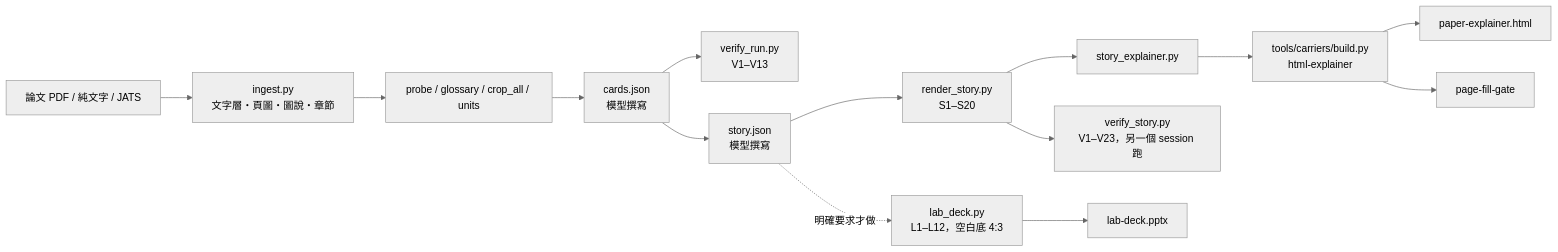
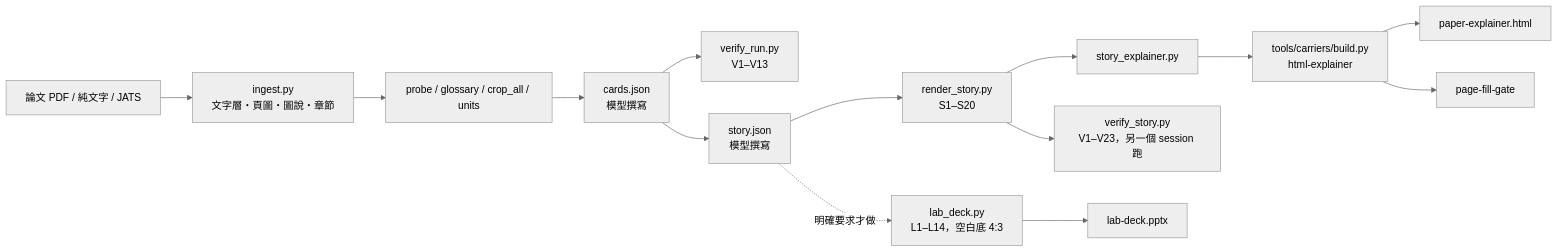
One commit to WizerdBaChe/paper-survey-kit changed the first of 2 diagrams in docs/DEVELOPER.md. Above: the diagram before and after it, drawn with Mermaid (neutral theme). The commit also changed other lines of this file and 10 other files, not shown here.

````diff
--- a/docs/DEVELOPER.md
+++ b/docs/DEVELOPER.md
@@ -31,13 +32,13 @@
 ```mermaid
 flowchart LR
   PDF[論文 PDF / 純文字 / JATS] --> ING[ingest.py<br/>文字層・頁圖・圖說・章節]
   ING --> PRB[probe / glossary / crop_all / units]
   PRB --> CARDS[cards.json<br/>模型撰寫]
   CARDS --> VR[verify_run.py<br/>V1–V13]
   CARDS --> STORY[story.json<br/>模型撰寫]
   STORY --> RS[render_story.py<br/>S1–S20]
   RS --> SE[story_explainer.py] --> CB[tools/carriers/build.py<br/>html-explainer] --> HTML[paper-explainer.html]
   RS --> VS[verify_story.py<br/>V1–V23，另一個 session 跑]
-  STORY -. 明確要求才做 .-> LD[lab_deck.py<br/>L1–L12，空白底 4:3] --> PPTX[lab-deck.pptx]
+  STORY -. 明確要求才做 .-> LD[lab_deck.py<br/>L1–L14，空白底 4:3] --> PPTX[lab-deck.pptx]
   CB --> FG[page-fill-gate]
 ```
````
